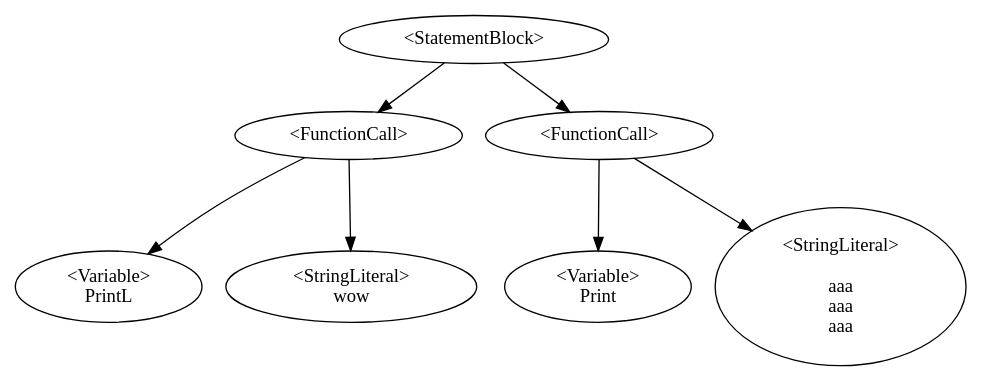
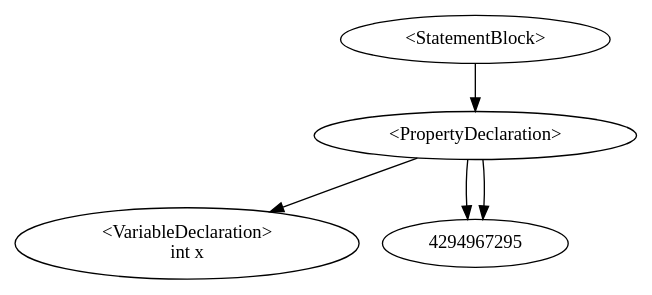
The diagram in Dino/Dino/AstDisplay.gv (QazmoQwerty/dino), drawn with Graphviz before and after one commit. The commit also changed 8 other files, not shown here.

```diff
--- a/Dino/Dino/AstDisplay.gv
+++ b/Dino/Dino/AstDisplay.gv
@@ -1,12 +1,5 @@
 digraph G {
-0 [label="<StatementBlock>"];0->2;0->5;
-2 [label="<FunctionCall>\n"];2->1;2->3;
-1 [label="<Variable>\nPrintL"];
-3 [label="<StringLiteral>\nwow"];
-5 [label="<FunctionCall>\n"];5->4;5->6;
-4 [label="<Variable>\nPrint"];
-6 [label="<StringLiteral>\n
-aaa
-aaa
-aaa"];
+0 [label="<StatementBlock>"];0->2;
+2 [label="<PropertyDeclaration>"];2->1;2->4294967295;2->4294967295;
+1 [label="<VariableDeclaration>\nint x"];
 }
```
